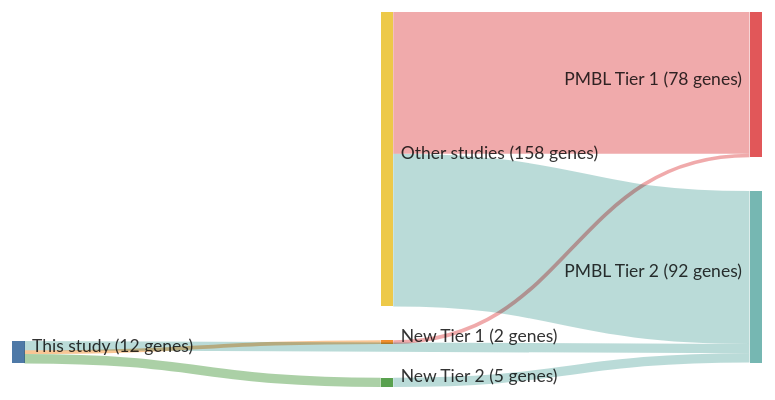
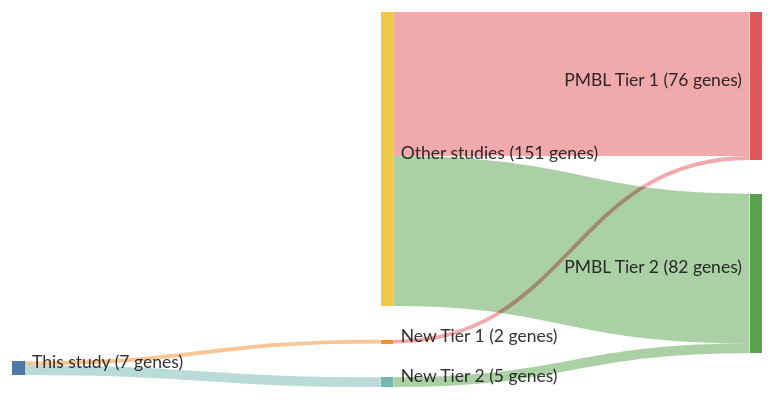
The diagram in papers/gomezUltraDeepSequencingReveals2023.md (morinlab/lymphopedia), drawn with Mermaid before and after one commit. The commit also changed 81 other files, not shown here.

````diff
--- a/papers/gomezUltraDeepSequencingReveals2023.md
+++ b/papers/gomezUltraDeepSequencingReveals2023.md
@@ -12,21 +12,20 @@
 ```mermaid
 ---
 config:
     sankey:
         showValues: true
         linkColor: target
         width: 600
         height: 300
         nodeAlignment: right
         prefix: '('
         suffix: ' genes)'
 ---
 sankey-beta
 This study, New Tier 1, 2
 New Tier 1, PMBL Tier 1, 2
-This study, PMBL Tier 2, 5
 This study, New Tier 2, 5
 New Tier 2, PMBL Tier 2, 5
-Other studies, PMBL Tier 1, 76
-Other studies, PMBL Tier 2, 82
+Other studies, PMBL Tier 1, 74
+Other studies, PMBL Tier 2, 77
 ```
````
